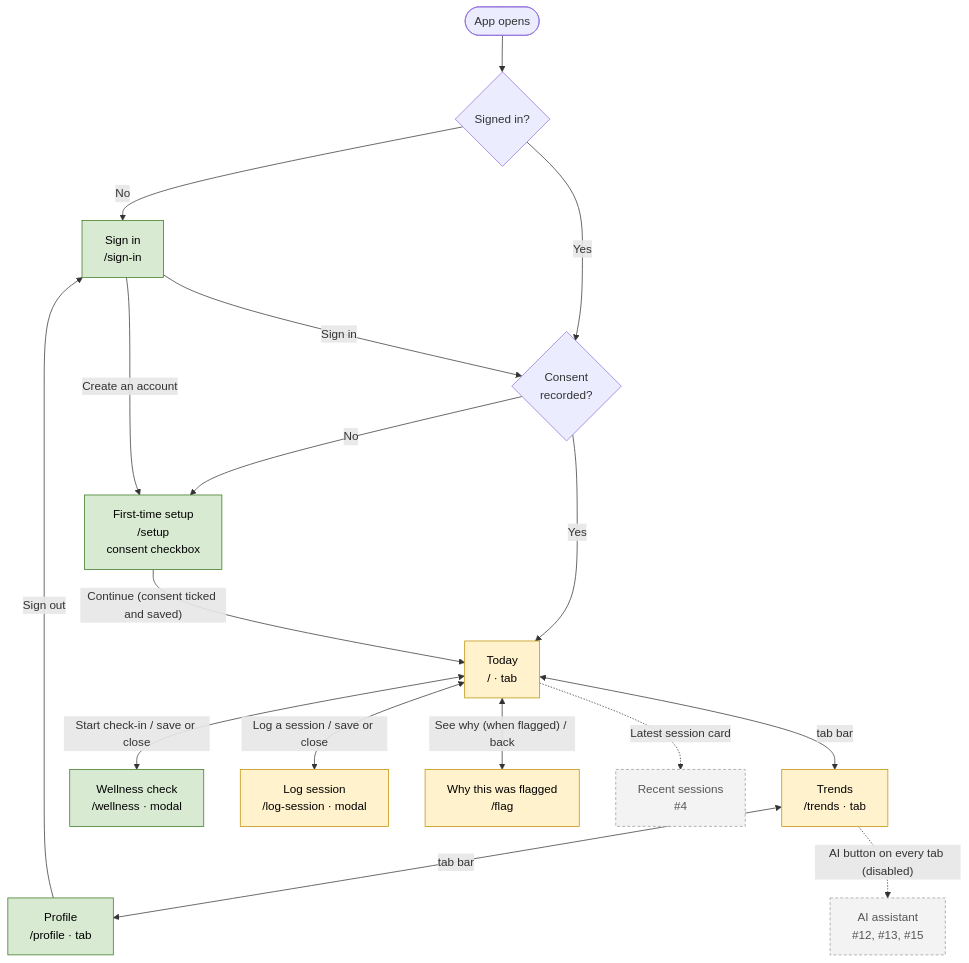
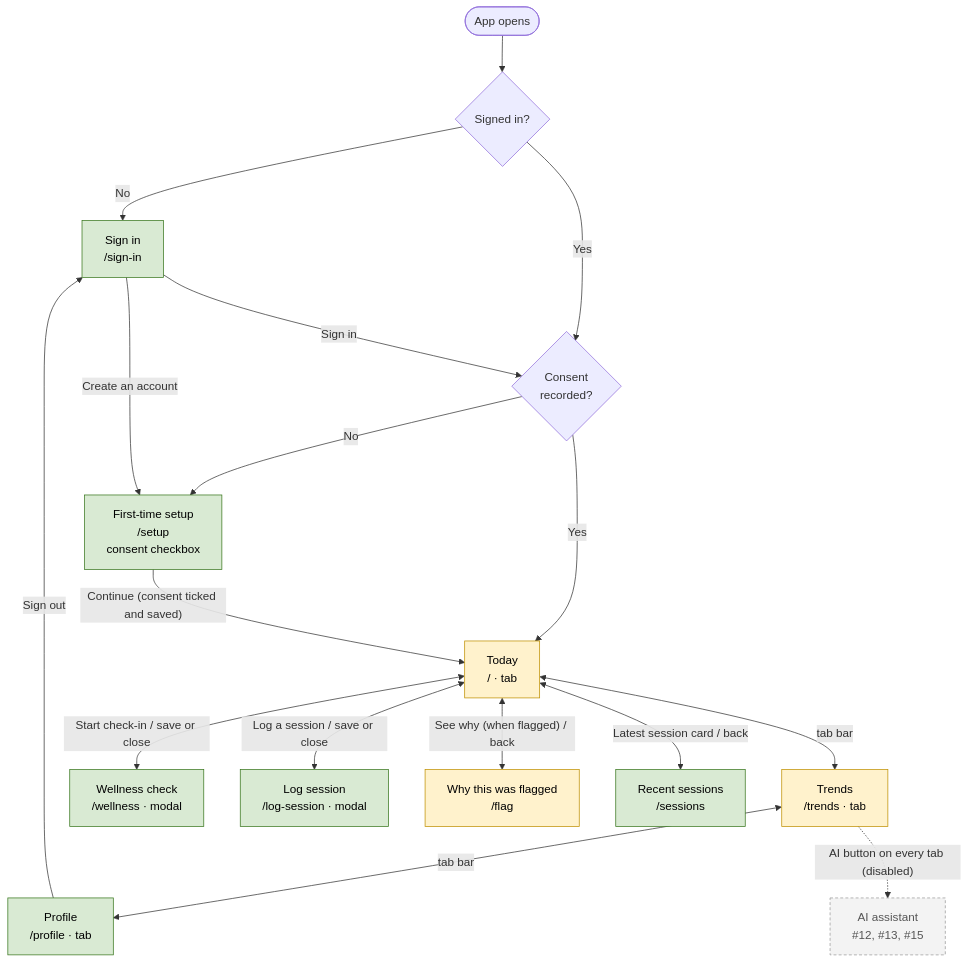
The first of 2 diagrams in docs/design/navigation-map.md (peterbryson/LoadWise), drawn with Mermaid before and after one commit. The commit also changed other lines of this file and 14 other files, not shown here.

First line of the commit message:
feat: log a session and list recent sessions, newest first (#4)

````diff
--- a/docs/design/navigation-map.md
+++ b/docs/design/navigation-map.md
@@ -13,31 +13,31 @@
 ```mermaid
 flowchart TD
   start([App opens]) --> auth{Signed in?}
   auth -- No --> signin[Sign in<br/>/sign-in]
   auth -- Yes --> consent{Consent<br/>recorded?}
   consent -- Yes --> today
   consent -- No --> setup
   signin -- "Create an account" --> setup[First-time setup<br/>/setup<br/>consent checkbox]
   setup -- "Continue (consent ticked and saved)" --> today
   signin -- "Sign in" --> consent
 
   today[Today<br/>/ · tab]
   trends[Trends<br/>/trends · tab]
   profile[Profile<br/>/profile · tab]
   today <-- "tab bar" --> trends
   trends <-- "tab bar" --> profile
 
   today <-- "Start check-in / save or close" --> wellness[Wellness check<br/>/wellness · modal]
   today <-- "Log a session / save or close" --> logsession[Log session<br/>/log-session · modal]
   today <-- "See why (when flagged) / back" --> flag[Why this was flagged<br/>/flag]
-  today -.->|"Latest session card"| history[Recent sessions<br/>#4]:::planned
+  today <-- "Latest session card / back" --> history[Recent sessions<br/>/sessions]
   trends -.->|"AI button on every tab (disabled)"| ai[AI assistant<br/>#12, #13, #15]:::planned
 
   profile -- "Sign out" --> signin
 
-  class signin,setup,profile,wellness real
-  class today,trends,logsession,flag preview
+  class signin,setup,profile,wellness,logsession,history real
+  class today,trends,flag preview
   classDef real fill:#d9ead3,stroke:#38761d,color:#000
   classDef preview fill:#fff2cc,stroke:#bf9000,color:#000
   classDef planned fill:#f3f3f3,stroke:#999,stroke-dasharray:4 3,color:#555
 ```
````
